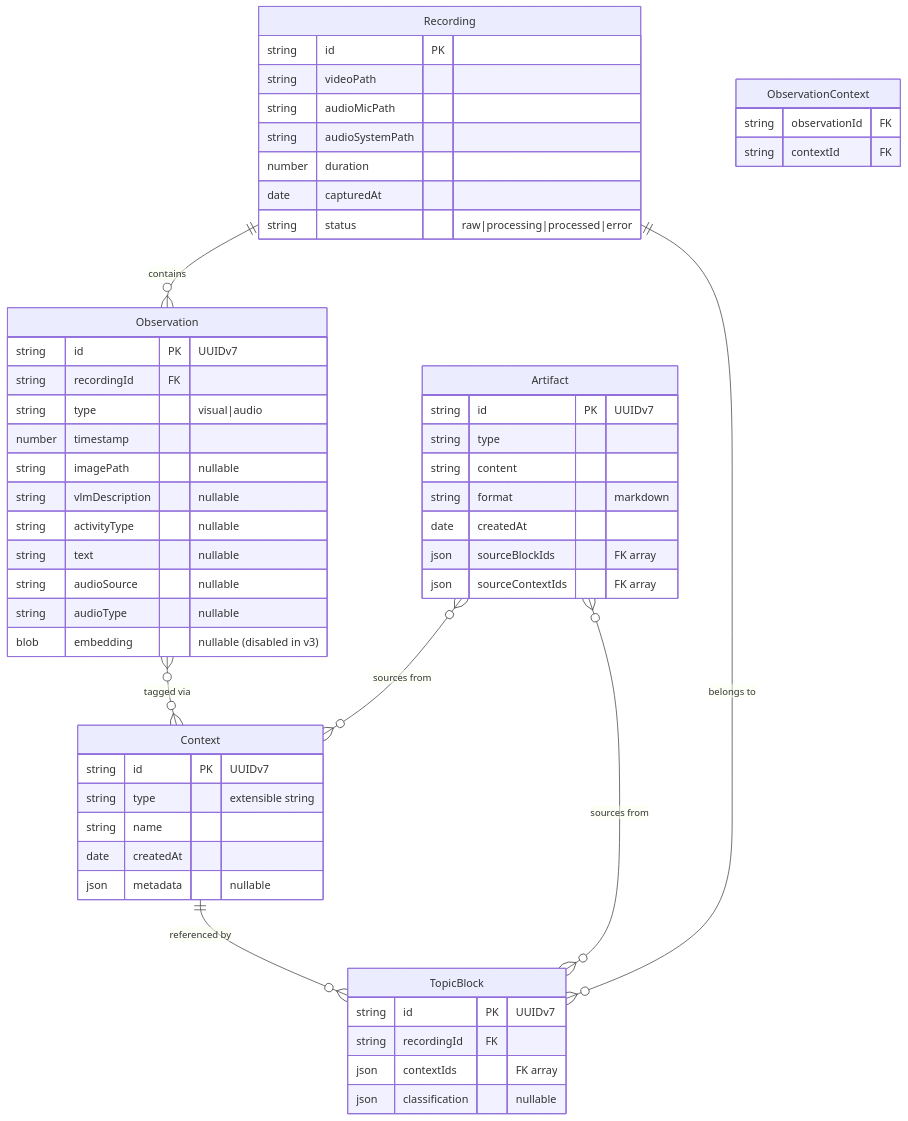
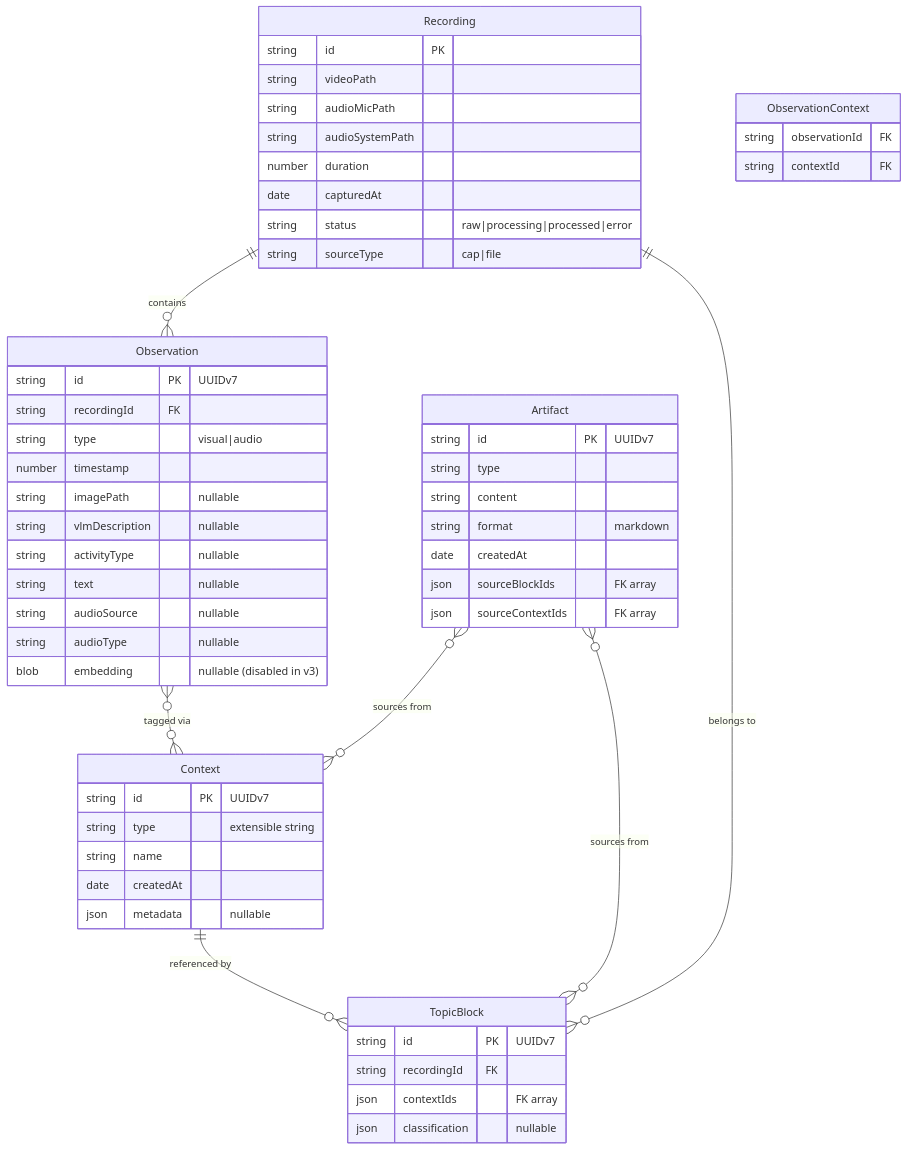
One commit to eduardosanzb/escribano changed the diagram in docs/architecture.md. Above: the diagram before and after it, drawn with Mermaid. The commit also changed other lines of this file and 3 other files, not shown here.

````diff
--- a/docs/architecture.md
+++ b/docs/architecture.md
@@ -57,63 +57,64 @@
 ```mermaid
 erDiagram
     Recording ||--o{ Observation : contains
     Observation }o--o{ Context : "tagged via"
     Context ||--o{ TopicBlock : "referenced by"
     TopicBlock }o--|| Recording : "belongs to"
     Artifact }o--o{ TopicBlock : "sources from"
     Artifact }o--o{ Context : "sources from"
 
     Recording {
         string id PK
         string videoPath
-        string audioMicPath  
+        string audioMicPath
         string audioSystemPath
         number duration
         date capturedAt
         string status "raw|processing|processed|error"
+        string sourceType "cap|file"
     }
 
     Observation {
         string id PK "UUIDv7"
         string recordingId FK
         string type "visual|audio"
         number timestamp
         string imagePath "nullable"
         string vlmDescription "nullable"
         string activityType "nullable"
         string text "nullable"
         string audioSource "nullable"
         string audioType "nullable"
         blob embedding "nullable (disabled in v3)"
     }
 
     Context {
         string id PK "UUIDv7"
         string type "extensible string"
         string name
         date createdAt
         json metadata "nullable"
     }
 
     ObservationContext {
         string observationId FK
         string contextId FK
     }
 
     TopicBlock {
         string id PK "UUIDv7"
         string recordingId FK
         json contextIds "FK array"
         json classification "nullable"
     }
 
     Artifact {
         string id PK "UUIDv7"
         string type
         string content
         string format "markdown"
         date createdAt
         json sourceBlockIds "FK array"
         json sourceContextIds "FK array"
     }
 ```
````
